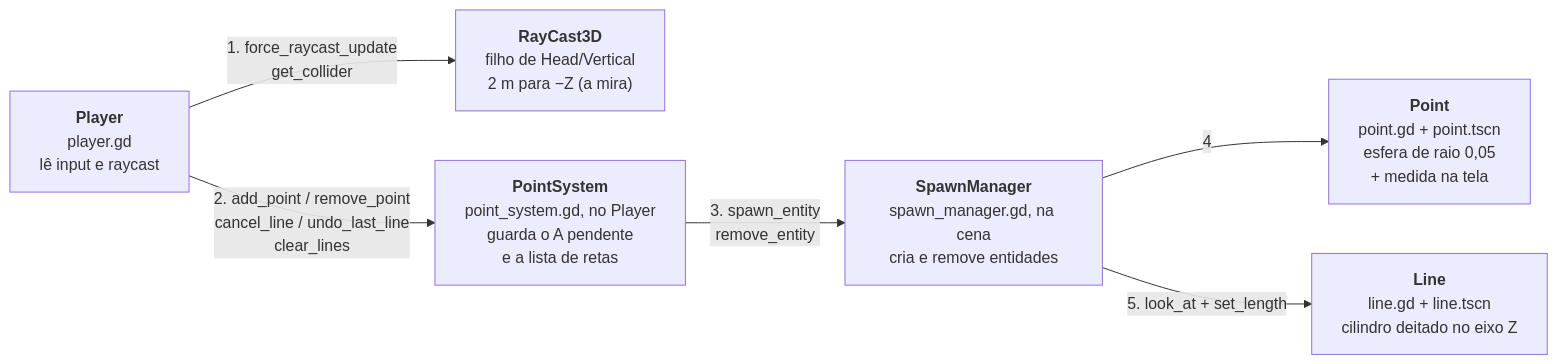
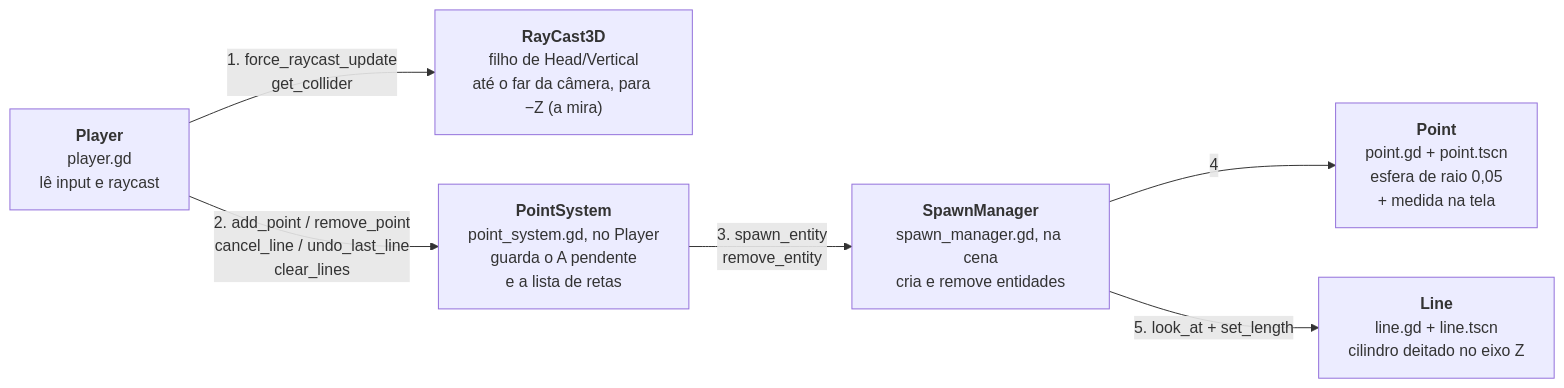
Before and after one commit to erasmossj/Filemetria: the diagram in docs/SISTEMA_DE_PONTOS.md, drawn with Mermaid. The commit also changed other lines of this file and 5 other files, not shown here.

````diff
--- a/docs/SISTEMA_DE_PONTOS.md
+++ b/docs/SISTEMA_DE_PONTOS.md
@@ -19,15 +19,15 @@
 ```mermaid
 flowchart LR
     Player["<b>Player</b><br/>player.gd<br/>lê input e raycast"]
-    RayCast["<b>RayCast3D</b><br/>filho de Head/Vertical<br/>2 m para −Z (a mira)"]
+    RayCast["<b>RayCast3D</b><br/>filho de Head/Vertical<br/>até o far da câmera, para −Z (a mira)"]
     PointSystem["<b>PointSystem</b><br/>point_system.gd, no Player<br/>guarda o A pendente<br/>e a lista de retas"]
     SpawnManager["<b>SpawnManager</b><br/>spawn_manager.gd, na cena<br/>cria e remove entidades"]
     Point["<b>Point</b><br/>point.gd + point.tscn<br/>esfera de raio 0,05<br/>+ medida na tela"]
     Line["<b>Line</b><br/>line.gd + line.tscn<br/>cilindro deitado no eixo Z"]
 
     Player -- "1. force_raycast_update<br/>get_collider" --> RayCast
     Player -- "2. add_point / remove_point<br/>cancel_line / undo_last_line<br/>clear_lines" --> PointSystem
     PointSystem -- "3. spawn_entity<br/>remove_entity" --> SpawnManager
     SpawnManager -- "4" --> Point
     SpawnManager -- "5. look_at + set_length" --> Line
 ```
````
